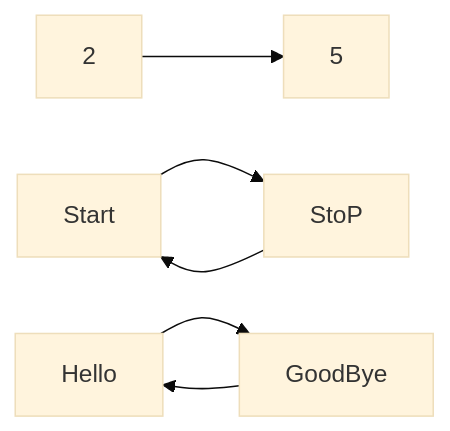
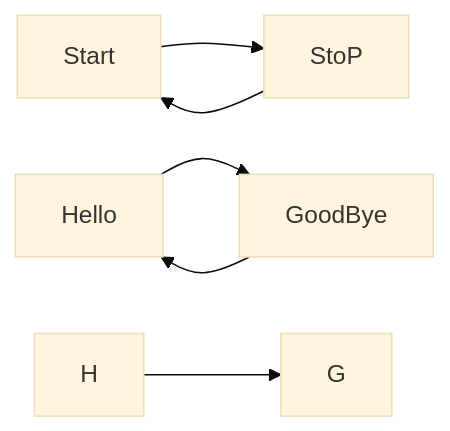
Before and after one commit to NU-Teams/TEST-MERMAIDJS-ACTION: the diagram in README.md, drawn with Mermaid (base theme). The commit also changed 1 other file, not shown here.

````diff
--- a/README.md
+++ b/README.md
@@ -7,9 +7,9 @@
 ```mermaid
 flowchart LR
     Start --> StoP
     StoP --> Start
     Hello --> GoodBye
     GoodBye --> Hello
-    2 --> 5
+    H --> G
     
 ```
````
